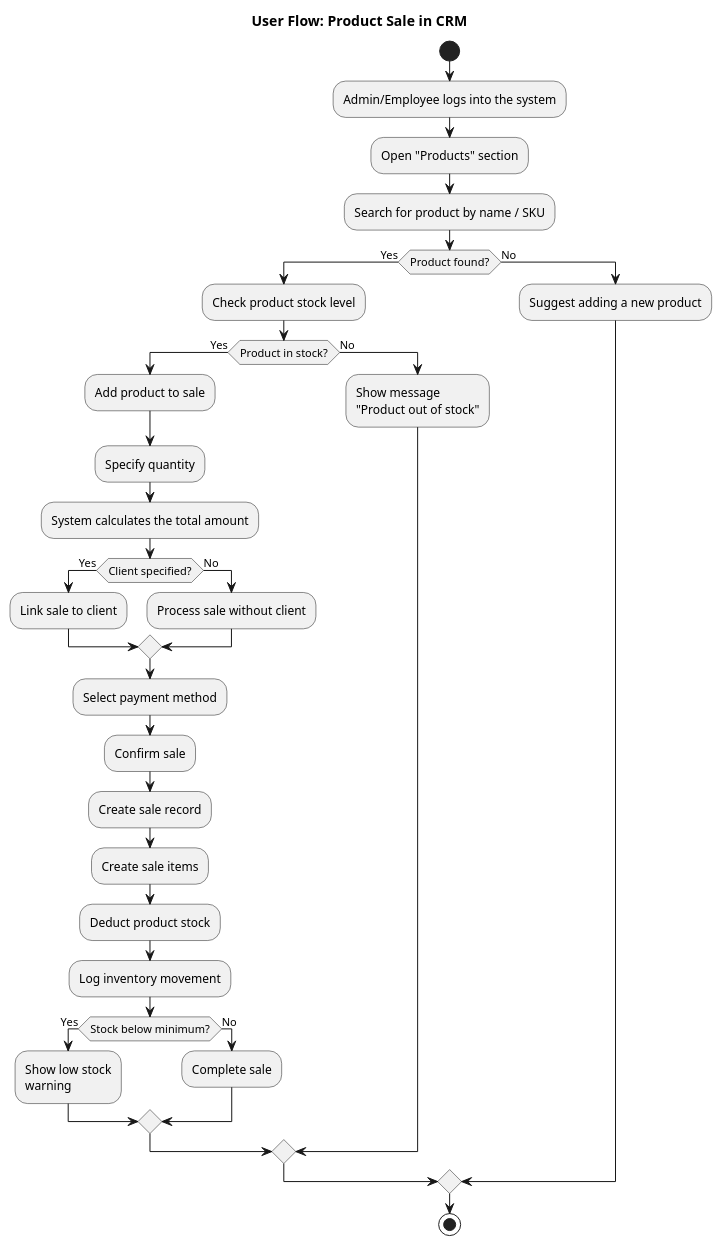
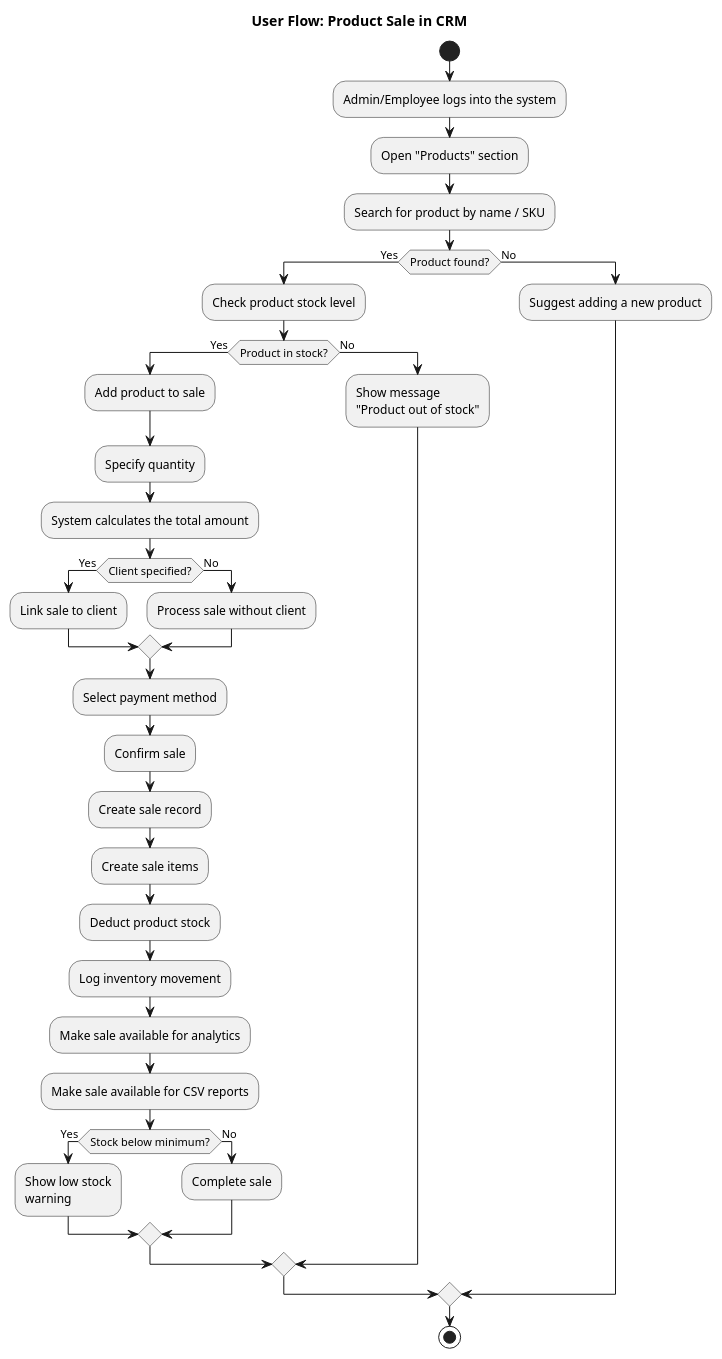
One commit to setbs/salon-crm changed the diagram in docs/activity-sales.md. Above: the diagram before and after it, drawn with PlantUML. The commit also changed 26 other files, not shown here.

```diff
--- a/docs/activity-sales.md
+++ b/docs/activity-sales.md
@@ -1,49 +1,51 @@
 @startuml
 title User Flow: Product Sale in CRM
 
 start
 
 :Admin/Employee logs into the system;
 
 :Open "Products" section;
 :Search for product by name / SKU;
 
 if (Product found?) then (Yes)
   :Check product stock level;
 
   if (Product in stock?) then (Yes)
     :Add product to sale;
     :Specify quantity;
 
     :System calculates the total amount;
 
     if (Client specified?) then (Yes)
       :Link sale to client;
     else (No)
       :Process sale without client;
     endif
 
     :Select payment method;
     :Confirm sale;
 
     :Create sale record;
     :Create sale items;
     :Deduct product stock;
     :Log inventory movement;
+    :Make sale available for analytics;
+    :Make sale available for CSV reports;
 
     if (Stock below minimum?) then (Yes)
       :Show low stock\nwarning;
     else (No)
       :Complete sale;
     endif
 
   else (No)
     :Show message\n"Product out of stock";
   endif
 
 else (No)
   :Suggest adding a new product;
 endif
 
 stop
 @enduml
```
